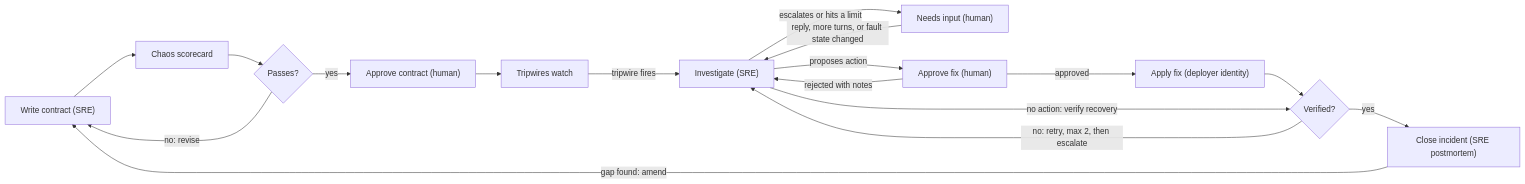
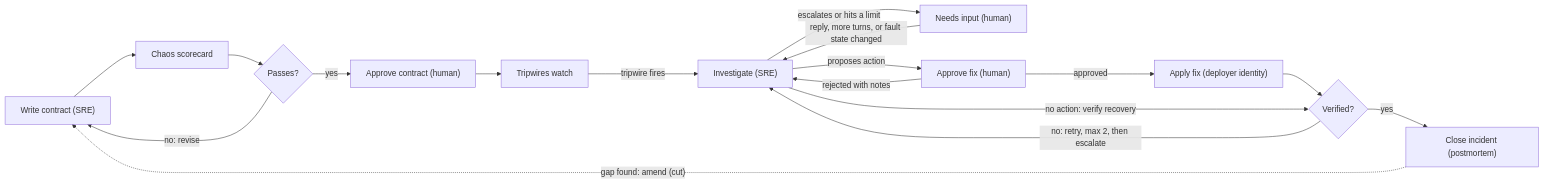
The first of 2 diagrams in docs/spec.md (Rixonpolvi/fleet-sre), drawn with Mermaid before and after one commit. The commit also changed other lines of this file and 1 other file, not shown here.

Commit message:
D6-replan: split D6, cut list, schedule, postmortem without a model (#29)

````diff
--- a/docs/spec.md
+++ b/docs/spec.md
@@ -50,16 +52,16 @@
 ```mermaid
 flowchart LR
   A["Write contract (SRE)"] --> B["Chaos scorecard"] --> C{"Passes?"}
   C -- "no: revise" --> A
   C -- "yes" --> D["Approve contract (human)"] --> E["Tripwires watch"]
   E -- "tripwire fires" --> F["Investigate (SRE)"]
   F -- "escalates or hits a limit" --> N["Needs input (human)"]
   N -- "reply, more turns, or fault state changed" --> F
   F -- "proposes action" --> G["Approve fix (human)"]
   G -- "rejected with notes" --> F
   G -- "approved" --> H["Apply fix (deployer identity)"] --> I{"Verified?"}
   F -- "no action: verify recovery" --> I
   I -- "no: retry, max 2, then escalate" --> F
-  I -- "yes" --> J["Close incident (SRE postmortem)"]
-  J -- "gap found: amend" --> A
+  I -- "yes" --> J["Close incident (postmortem)"]
+  J -. "gap found: amend (cut)" .-> A
 ```
````
